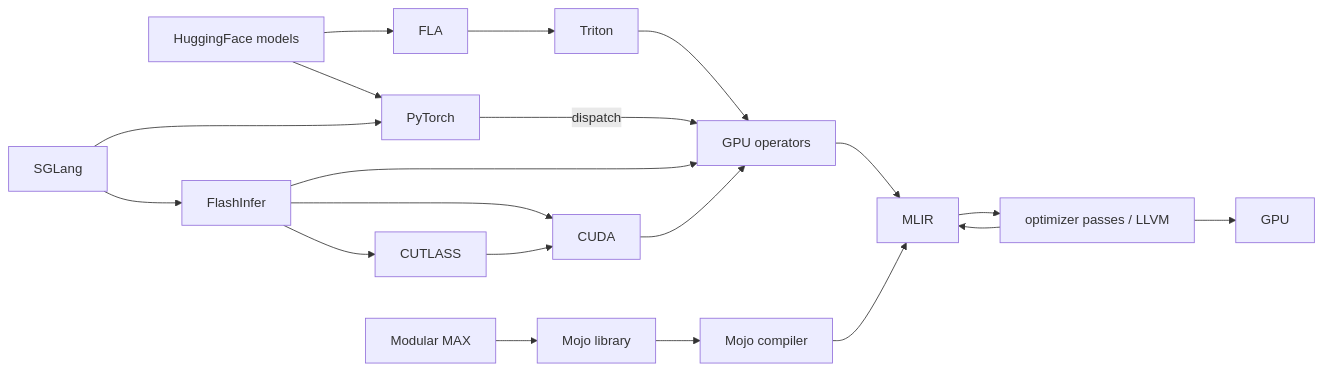
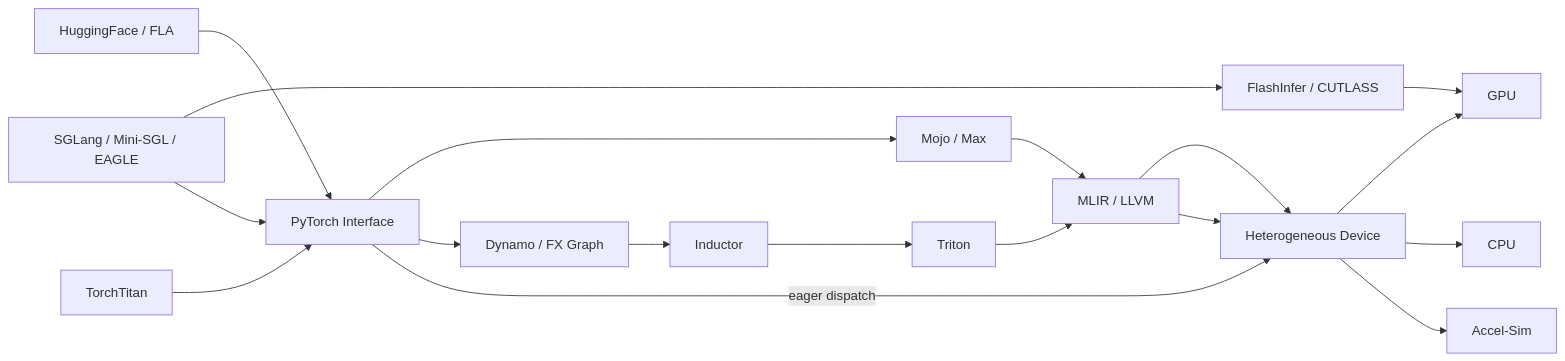
The diagram in README.md (w32zhong/simp-intelligence), drawn with Mermaid before and after one commit. The commit also changed other lines of this file, not shown here.

Commit message:
README: update learning goal diagram.

````diff
--- a/README.md
+++ b/README.md
@@ -5,19 +5,23 @@
 ```mermaid
 graph LR;
-  hgf[HuggingFace models] --> PyTorch;
-  hgf --> FLA --> Triton --> op_kernels;
-  MAX[Modular MAX] --> mojo_lib;
-  PyTorch --dispatch--> op_kernels;
+  hgf["HuggingFace / FLA"];
+  hgf --> PyTorch;
+  TorchTitan --> PyTorch;
+  SGLang["SGLang / Mini-SGL / EAGLE"];
+  CUDA["FlashInfer / CUTLASS"];
+  PyTorch["PyTorch Interface"];
+  SGLang --> CUDA --> GPU;
   SGLang --> PyTorch;
-  SGLang --> FlashInfer;
-  FlashInfer --> op_kernels;
-  FlashInfer --> CUDA;
-  FlashInfer --> CUTLASS;
-  CUTLASS --> CUDA --> op_kernels;
-  op_kernels[GPU operators] --> MLIR;
-  mojo_lib[Mojo library] --> mojo_lang;
-  mojo_lang[Mojo compiler] --> MLIR;
-  MLIR --> asm_OPT[optimizer passes / LLVM];
-  asm_OPT --> MLIR;
-  asm_OPT --> GPU[GPU];
+  Mojo["Mojo / Max"];
+  PyTorch --> Mojo --> MLIR;
+  Dynamo["Dynamo / FX Graph"];
+  PyTorch --> Dynamo --> Inductor --> Triton --> MLIR;
+  PyTorch --eager dispatch--> hardware;
+  MLIR["MLIR / LLVM"];
+  hardware["Heterogeneous Device"];
+  MLIR --> hardware;
+  MLIR --> hardware;
+  hardware --> GPU;
+  hardware --> CPU;
+  hardware --> Accel-Sim;
 ```
````
